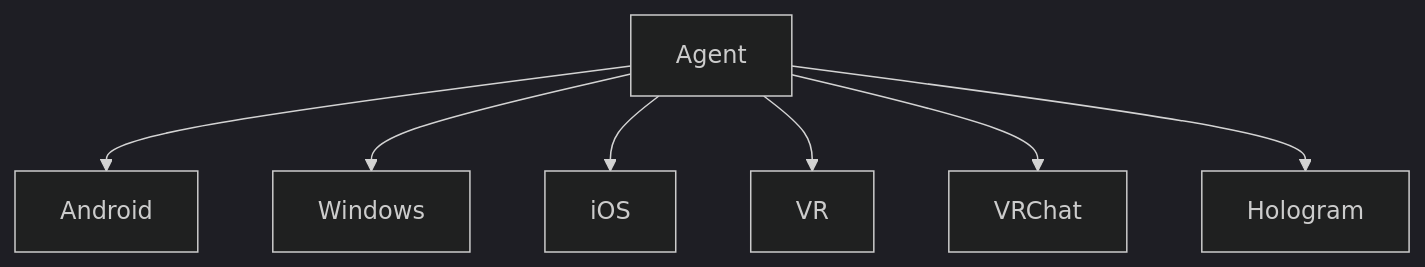
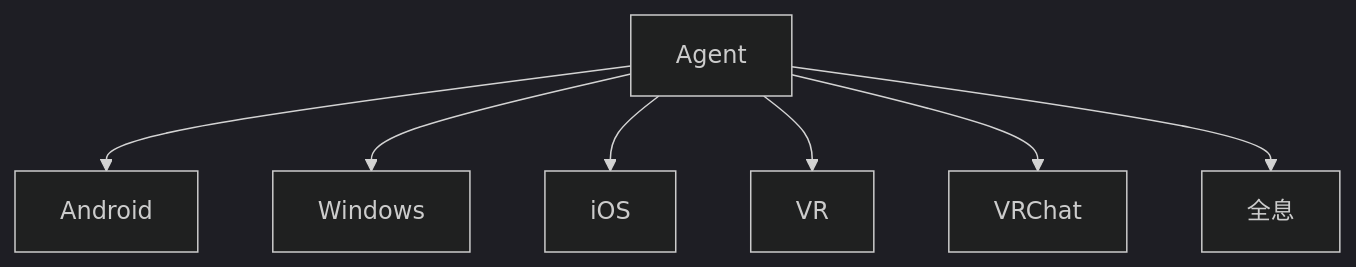
Before and after one commit to ayane-ai/ayane-docs: the sixth of 12 diagrams in product/产品愿景与总纲.md, drawn with Mermaid (dark theme). The commit also changed other lines of this file and 8 other files, not shown here.

````diff
--- a/product/产品愿景与总纲.md
+++ b/product/产品愿景与总纲.md
@@ -408,9 +448,9 @@
 ```mermaid
 flowchart TD
     agent["Agent"] --> android["Android"]
     agent --> windows["Windows"]
     agent --> ios["iOS"]
     agent --> vr["VR"]
     agent --> vrchat["VRChat"]
-    agent --> hologram["Hologram"]
+    agent --> hologram["全息"]
 ```
````
